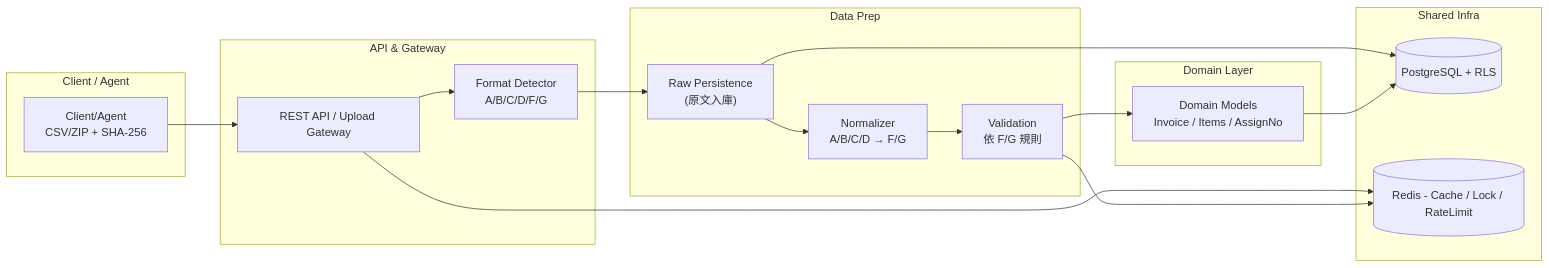
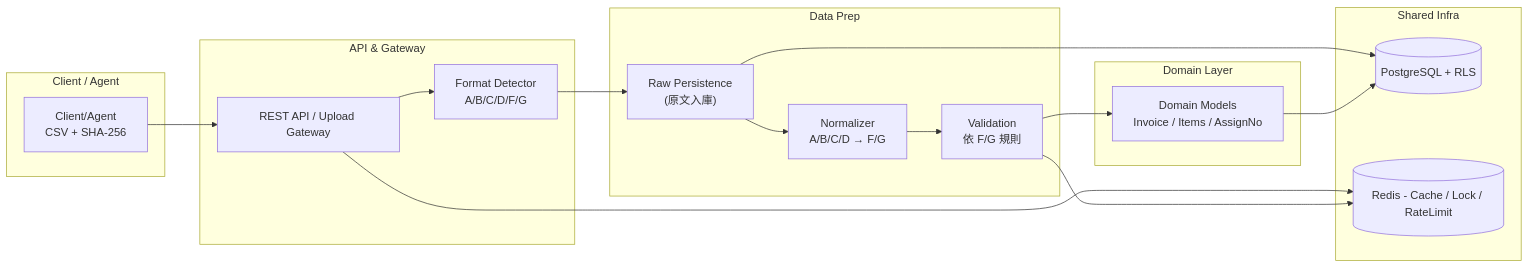
The first of 2 diagrams in docs/spec/turnbridge-srs-v1.0.md (latte1855/turnbridge), drawn with Mermaid before and after one commit. The commit also changed other lines of this file and 38 other files, not shown here.

````diff
--- a/docs/spec/turnbridge-srs-v1.0.md
+++ b/docs/spec/turnbridge-srs-v1.0.md
@@ -43,28 +43,28 @@
 ```mermaid
 flowchart LR
   subgraph ClientEdge[Client / Agent]
-    A["Client/Agent<br/>CSV/ZIP + SHA-256"]
+    A["Client/Agent<br/>CSV + SHA-256"]
   end
   subgraph APILayer[API & Gateway]
     B["REST API / Upload Gateway"]
     C["Format Detector<br/>A/B/C/D/F/G"]
   end
   subgraph DataPrep[Data Prep]
     D["Raw Persistence<br/>(原文入庫)"]
     E["Normalizer<br/>A/B/C/D → F/G"]
     F["Validation<br/>依 F/G 規則"]
   end
   subgraph DomainCore[Domain Layer]
     G["Domain Models<br/>Invoice / Items / AssignNo"]
   end
   subgraph Infra[Shared Infra]
     P[(PostgreSQL + RLS)]
     Q[(Redis - Cache / Lock / RateLimit)]
   end
 
   A --> B --> C --> D --> E --> F --> G
   D --> P
   G --> P
   B --> Q
   F --> Q
 ```
````
